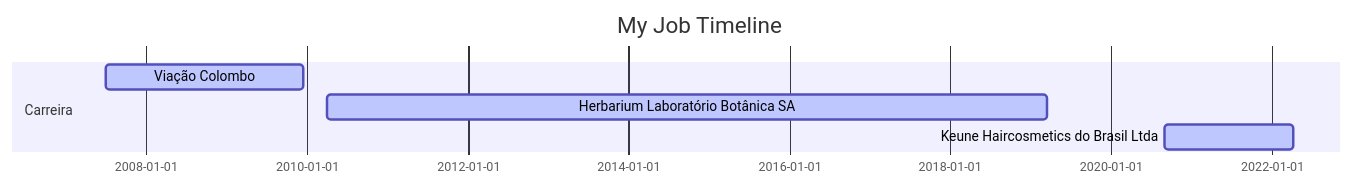
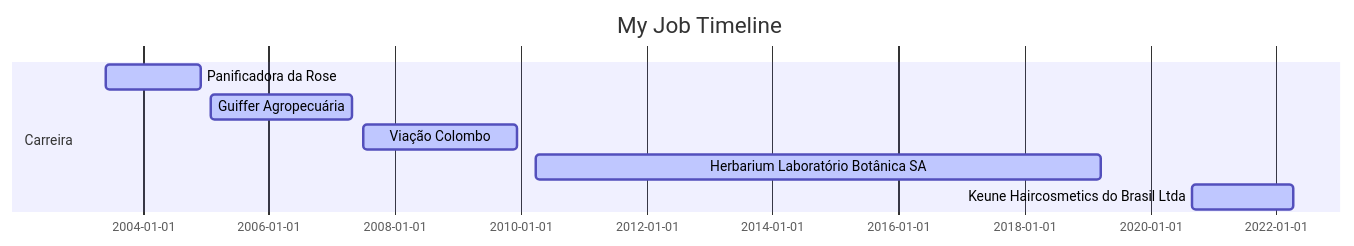
Before and after one commit to JardelSilva-86/JardelSilva: the diagram in README.md, drawn with Mermaid.

````diff
--- a/README.md
+++ b/README.md
@@ -4,12 +4,14 @@
 ```mermaid
 
 gantt
 dateFormat  DD-MM-YYYY
 title My Job Timeline
 
 section Carreira
+Panificadora da Rose                  :active,, 01-06-2003, 01-12-2004
+Guiffer Agropecuária                  :active,, 01-02-2005, 01-05-2007
 Viação Colombo                        :active,, 01-07-2007, 13-12-2009
 Herbarium Laboratório Botânica SA     :active,, 01-04-2010, 18-03-2019
 Keune Haircosmetics do Brasil Ltda    :active,, 01-09-2020, 10-04-2022
 
 ```
````
